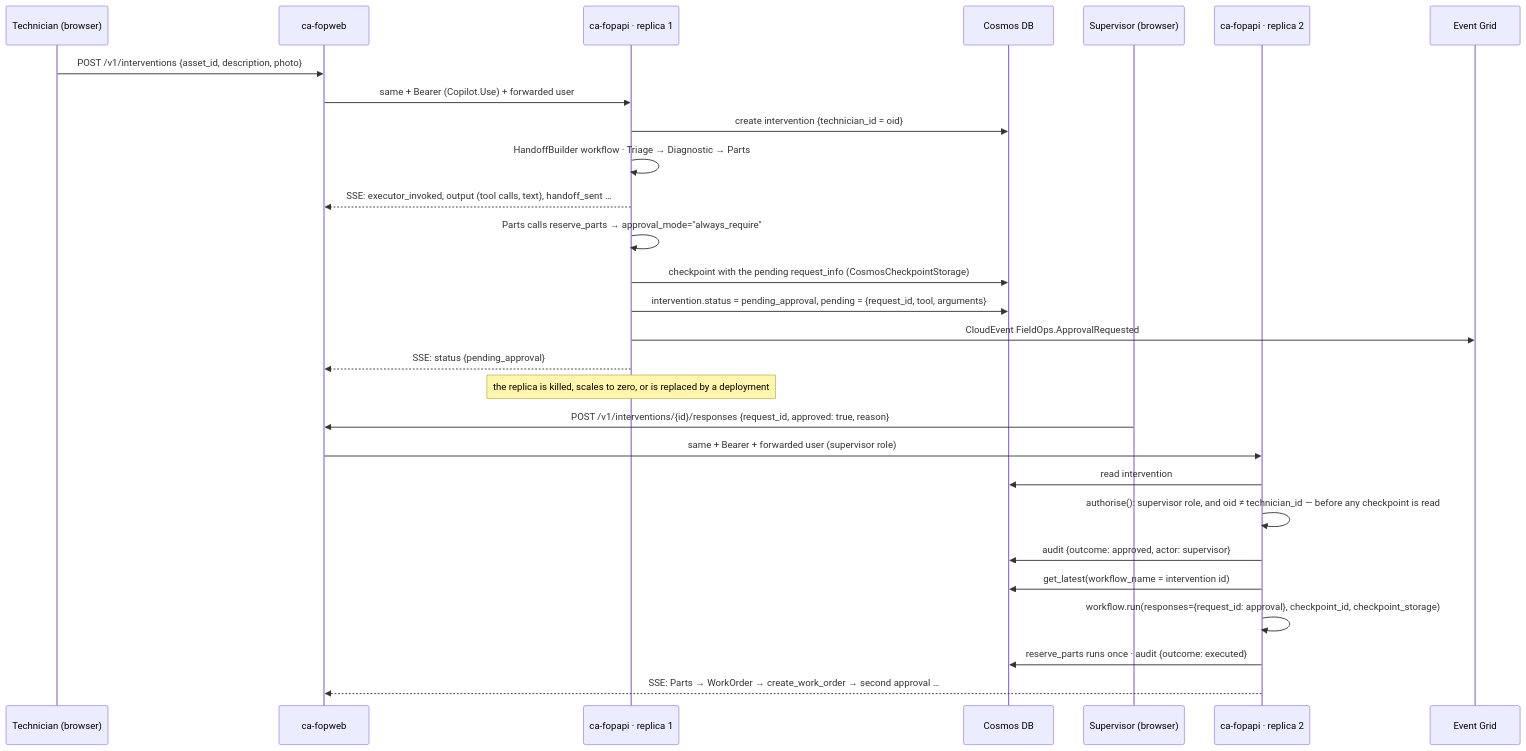
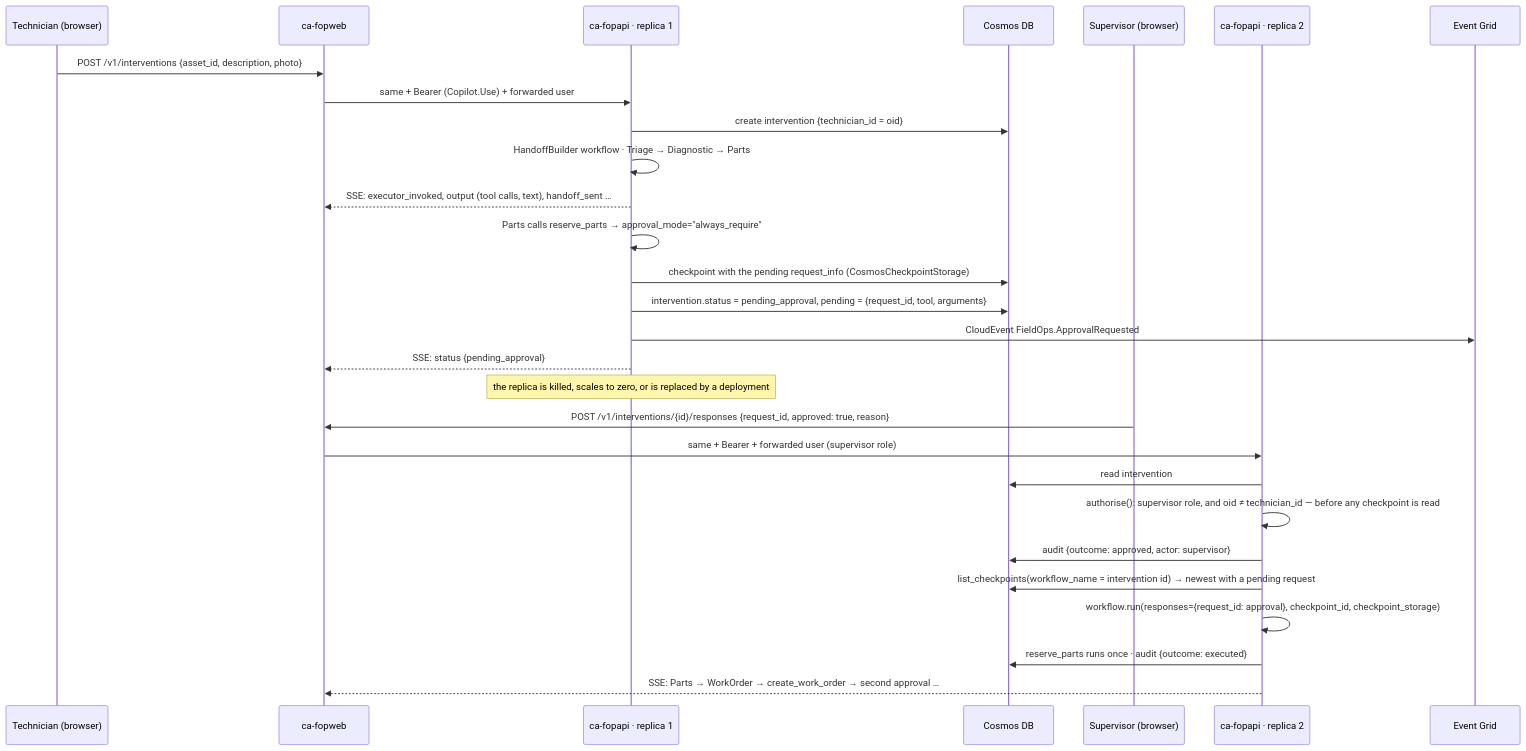
Before and after one commit to Rodrigo-GomezdelMoral/azure-field-operations-copilot: the third of 3 diagrams in docs/architecture.md, drawn with Mermaid. The commit also changed 6 other files, not shown here.

Commit message:
resume from the newest checkpoint that holds the pending request

````diff
--- a/docs/architecture.md
+++ b/docs/architecture.md
@@ -90,30 +90,30 @@
 ```mermaid
 sequenceDiagram
     participant T as Technician (browser)
     participant W as ca-fopweb
     participant A1 as ca-fopapi · replica 1
     participant C as Cosmos DB
     participant S as Supervisor (browser)
     participant A2 as ca-fopapi · replica 2
     participant E as Event Grid
     T->>W: POST /v1/interventions {asset_id, description, photo}
     W->>A1: same + Bearer (Copilot.Use) + forwarded user
     A1->>C: create intervention {technician_id = oid}
     A1->>A1: HandoffBuilder workflow · Triage → Diagnostic → Parts
     A1-->>W: SSE: executor_invoked, output (tool calls, text), handoff_sent …
     A1->>A1: Parts calls reserve_parts → approval_mode="always_require"
     A1->>C: checkpoint with the pending request_info (CosmosCheckpointStorage)
     A1->>C: intervention.status = pending_approval, pending = {request_id, tool, arguments}
     A1->>E: CloudEvent FieldOps.ApprovalRequested
     A1-->>W: SSE: status {pending_approval}
     Note over A1: the replica is killed, scales to zero, or is replaced by a deployment
     S->>W: POST /v1/interventions/{id}/responses {request_id, approved: true, reason}
     W->>A2: same + Bearer + forwarded user (supervisor role)
     A2->>C: read intervention
     A2->>A2: authorise(): supervisor role, and oid ≠ technician_id — before any checkpoint is read
     A2->>C: audit {outcome: approved, actor: supervisor}
-    A2->>C: get_latest(workflow_name = intervention id)
+    A2->>C: list_checkpoints(workflow_name = intervention id) → newest with a pending request
     A2->>A2: workflow.run(responses={request_id: approval}, checkpoint_id, checkpoint_storage)
     A2->>C: reserve_parts runs once · audit {outcome: executed}
     A2-->>W: SSE: Parts → WorkOrder → create_work_order → second approval …
 ```
````
